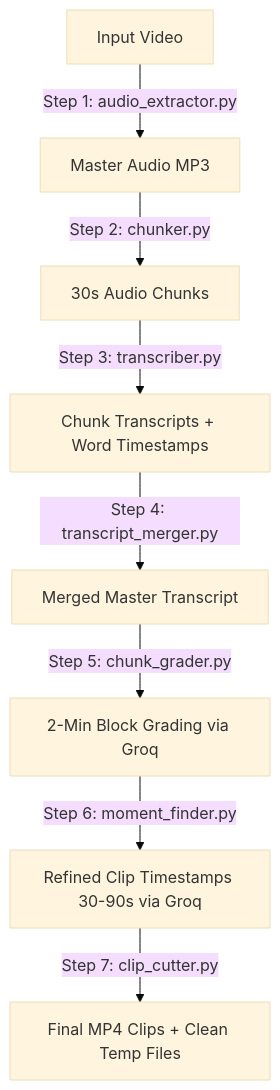
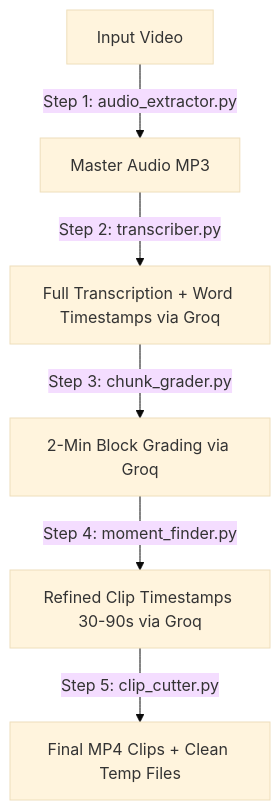
Before and after one commit to kanak227/Framey: the diagram in README.md, drawn with Mermaid (base theme). The commit also changed other lines of this file and 3 other files, not shown here.

Commit message:
docs: update architecture design and README guides to reflect 5-step Groq-based pipeline

````diff
--- a/README.md
+++ b/README.md
@@ -13,10 +13,8 @@
 ```mermaid
 graph TD
     A[Input Video] -->|Step 1: audio_extractor.py| B[Master Audio MP3]
-    B -->|Step 2: chunker.py| C[30s Audio Chunks]
-    C -->|Step 3: transcriber.py| D[Chunk Transcripts + Word Timestamps]
-    D -->|Step 4: transcript_merger.py| E[Merged Master Transcript]
-    E -->|Step 5: chunk_grader.py| F[2-Min Block Grading via Groq]
-    F -->|Step 6: moment_finder.py| G[Refined Clip Timestamps 30-90s via Groq]
-    G -->|Step 7: clip_cutter.py| H[Final MP4 Clips + Clean Temp Files]
+    B -->|Step 2: transcriber.py| C[Full Transcription + Word Timestamps via Groq]
+    C -->|Step 3: chunk_grader.py| D[2-Min Block Grading via Groq]
+    D -->|Step 4: moment_finder.py| E[Refined Clip Timestamps 30-90s via Groq]
+    E -->|Step 5: clip_cutter.py| F[Final MP4 Clips + Clean Temp Files]
 ```
````
